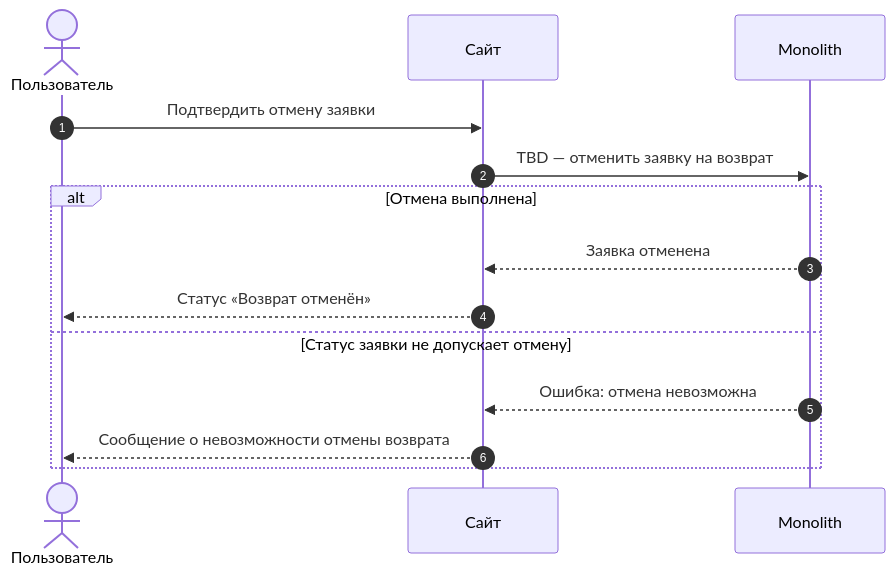
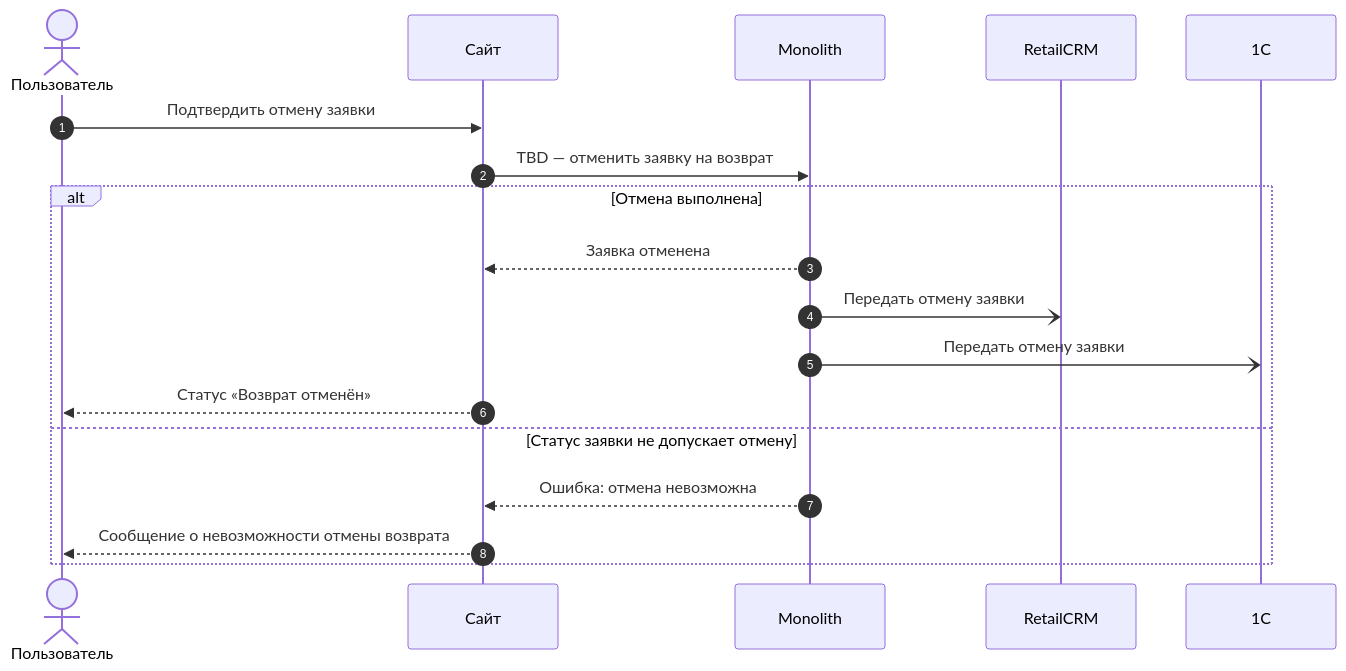
Before and after one commit to Terinss155/opencode-agents-analysis: diagram 24 of 24 in projects/returns-2.0/requirements/srs/srs-web-mvp.md, drawn with Mermaid. The commit also changed other lines of this file and 18 other files, not shown here.

````diff
--- a/projects/returns-2.0/requirements/srs/srs-web-mvp.md
+++ b/projects/returns-2.0/requirements/srs/srs-web-mvp.md
@@ -1399,17 +1525,21 @@
 ```mermaid
 sequenceDiagram
     autonumber
     actor U as Пользователь
     participant WEB as Сайт
     participant MON as Monolith
+    participant RCRM as RetailCRM
+    participant ONEC as 1C
 
     U->>WEB: Подтвердить отмену заявки
     WEB->>MON: TBD — отменить заявку на возврат
     alt Отмена выполнена
         MON-->>WEB: Заявка отменена
+        MON-)RCRM: Передать отмену заявки
+        MON-)ONEC: Передать отмену заявки
         WEB-->>U: Статус «Возврат отменён»
     else Статус заявки не допускает отмену
         MON-->>WEB: Ошибка: отмена невозможна
         WEB-->>U: Сообщение о невозможности отмены возврата
     end
 ```
````
